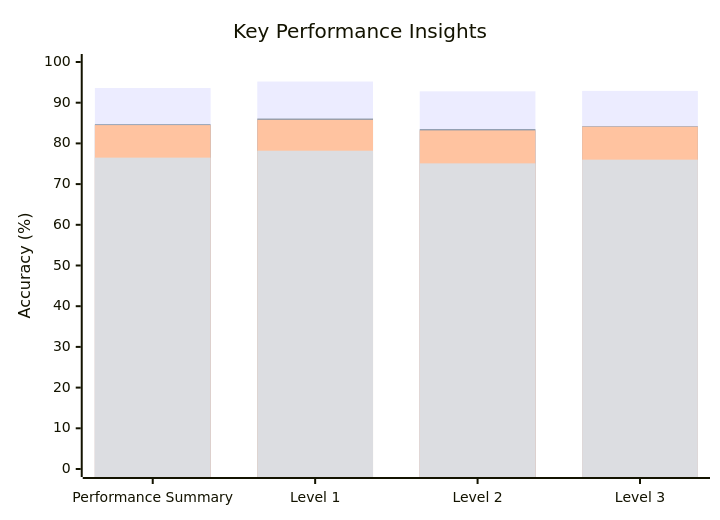
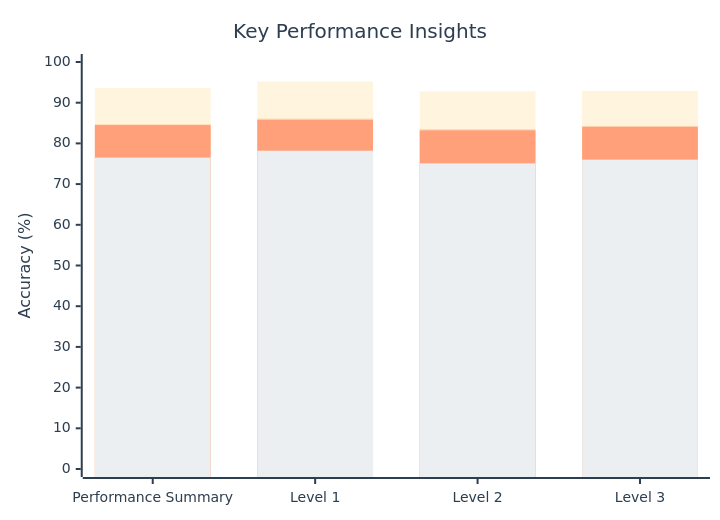
The diagram in README.md (duonggiang156/banchmark-edabk), drawn with Mermaid before and after one commit.

````diff
--- a/README.md
+++ b/README.md
@@ -56,23 +56,23 @@
 ```mermaid
 %%{init: {
   'theme': 'base',
   'themeVariables': {
-    'primaryColor': '#4CAF50',  /* Our Package: Green */
-    'secondaryColor': '#2196F3', /* Claude-3.5: Blue */
-    'tertiaryColor': '#FF9800', /* GPT-4: Orange */
-    'quaternaryColor': '#9C27B0', /* Gemini Pro: Purple */
+    'primaryColor': '#4CAF50',  
+    'secondaryColor': '#2196F3', 
+    'tertiaryColor': '#FF9800', 
+    'quaternaryColor': '#9C27B0', 
     'primaryTextColor': '#2c3e50',
     'primaryBorderColor': '#34495e',
     'lineColor': '#2c3e50',
     'background': '#ffffff'
   }
 }}%%
 xychart-beta
     title "Key Performance Insights"
     x-axis ["Performance Summary", "Level 1", "Level 2", "Level 3"]
     y-axis "Accuracy (%)" 0 --> 100
     bar "Our Package" [93.6, 95.2, 92.8, 92.9]
     bar "Claude-3.5" [84.7, 86.1, 83.5, 84.2]
     bar "GPT-4" [84.5, 85.8, 83.2, 84.1]  
     bar "Gemini Pro" [76.5, 78.2, 75.1, 76.0]
 ```
````
